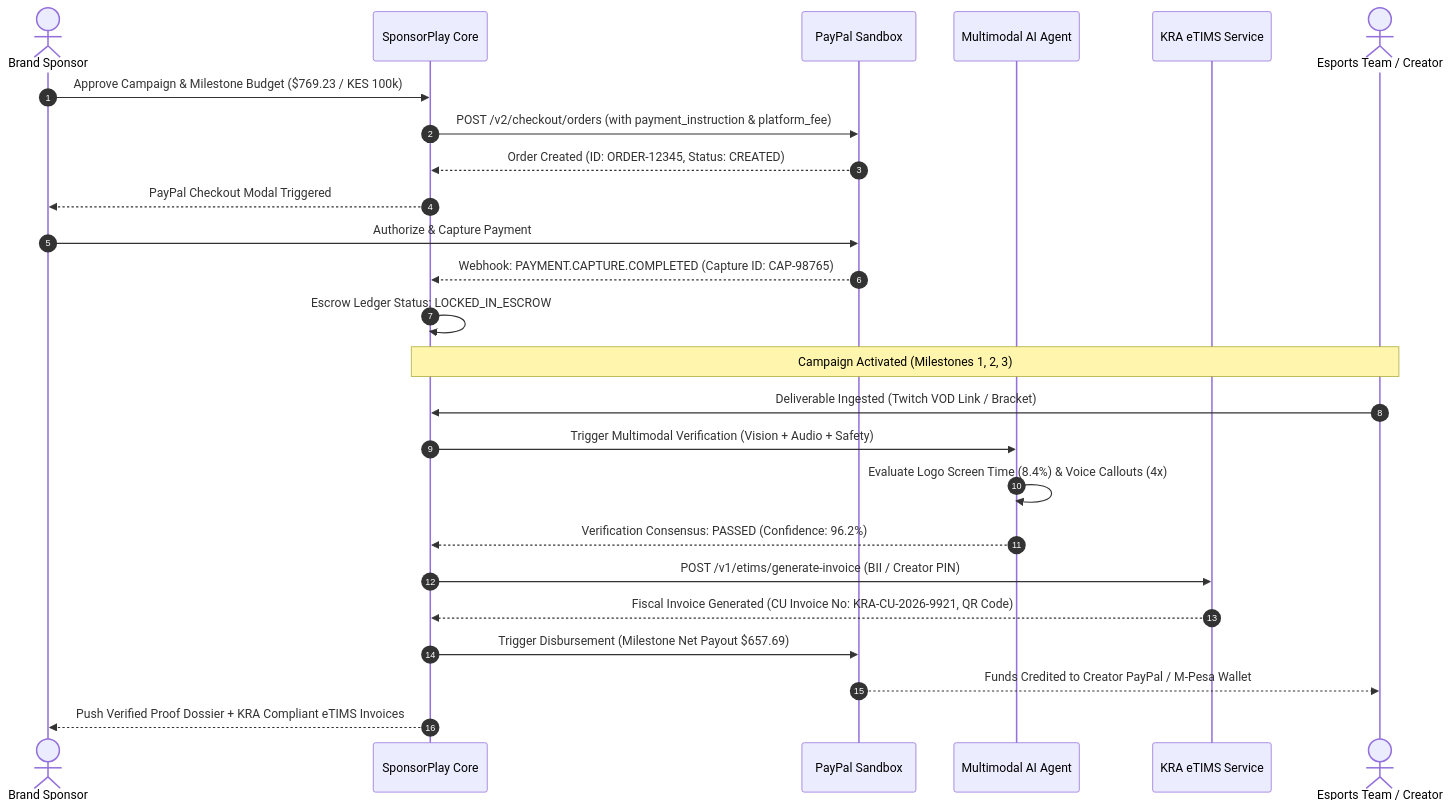
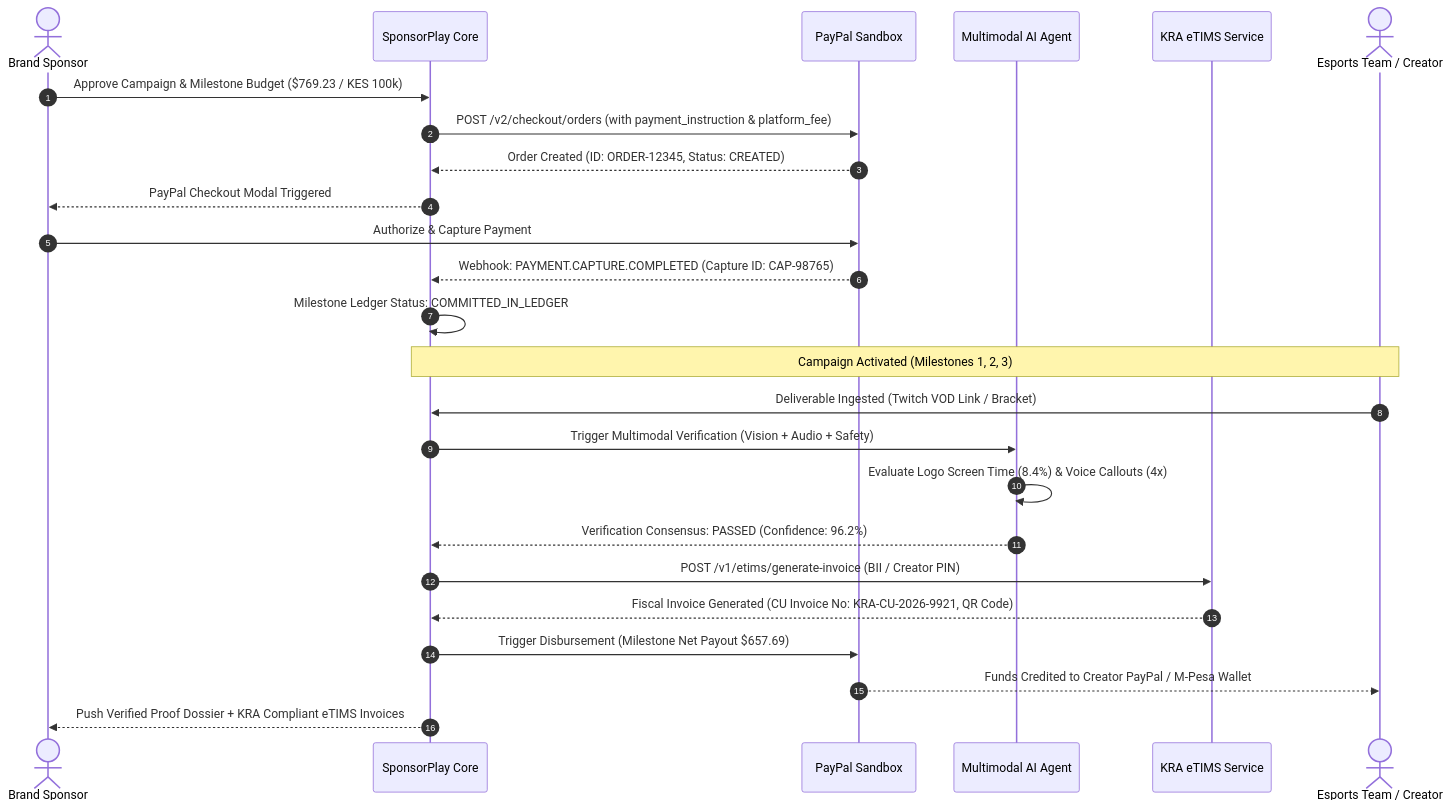
Before and after one commit to Ryanjuguna/barbah-sponsorplay: the second of 3 diagrams in architecture/04_TECHNICAL_ARCHITECTURE_AND_PAYPAL_ETIMS_INTEGRATION.md, drawn with Mermaid. The commit also changed other lines of this file and 5 other files, not shown here.

Commit message:
Complete repository-wide documentation audit: purge escrow terminology and enforce PayPal programmatic milestone ledger across all architecture specs

````diff
--- a/architecture/04_TECHNICAL_ARCHITECTURE_AND_PAYPAL_ETIMS_INTEGRATION.md
+++ b/architecture/04_TECHNICAL_ARCHITECTURE_AND_PAYPAL_ETIMS_INTEGRATION.md
@@ -104,32 +104,32 @@
 ```mermaid
 sequenceDiagram
     autonumber
     actor Sponsor as Brand Sponsor
     participant SP as SponsorPlay Core
     participant PP as PayPal Sandbox
     participant AI as Multimodal AI Agent
     participant eTIMS as KRA eTIMS Service
     actor Creator as Esports Team / Creator
 
     Sponsor->>SP: Approve Campaign & Milestone Budget ($769.23 / KES 100k)
     SP->>PP: POST /v2/checkout/orders (with payment_instruction & platform_fee)
     PP-->>SP: Order Created (ID: ORDER-12345, Status: CREATED)
     SP-->>Sponsor: PayPal Checkout Modal Triggered
     Sponsor->>PP: Authorize & Capture Payment
     PP-->>SP: Webhook: PAYMENT.CAPTURE.COMPLETED (Capture ID: CAP-98765)
-    SP->>SP: Escrow Ledger Status: LOCKED_IN_ESCROW
+    SP->>SP: Milestone Ledger Status: COMMITTED_IN_LEDGER
     
     Note over SP,Creator: Campaign Activated (Milestones 1, 2, 3)
     
     Creator->>SP: Deliverable Ingested (Twitch VOD Link / Bracket)
     SP->>AI: Trigger Multimodal Verification (Vision + Audio + Safety)
     AI->>AI: Evaluate Logo Screen Time (8.4%) & Voice Callouts (4x)
     AI-->>SP: Verification Consensus: PASSED (Confidence: 96.2%)
     
     SP->>eTIMS: POST /v1/etims/generate-invoice (BII / Creator PIN)
     eTIMS-->>SP: Fiscal Invoice Generated (CU Invoice No: KRA-CU-2026-9921, QR Code)
     
     SP->>PP: Trigger Disbursement (Milestone Net Payout $657.69)
     PP-->>Creator: Funds Credited to Creator PayPal / M-Pesa Wallet
     SP-->>Sponsor: Push Verified Proof Dossier + KRA Compliant eTIMS Invoices
 ```
````
